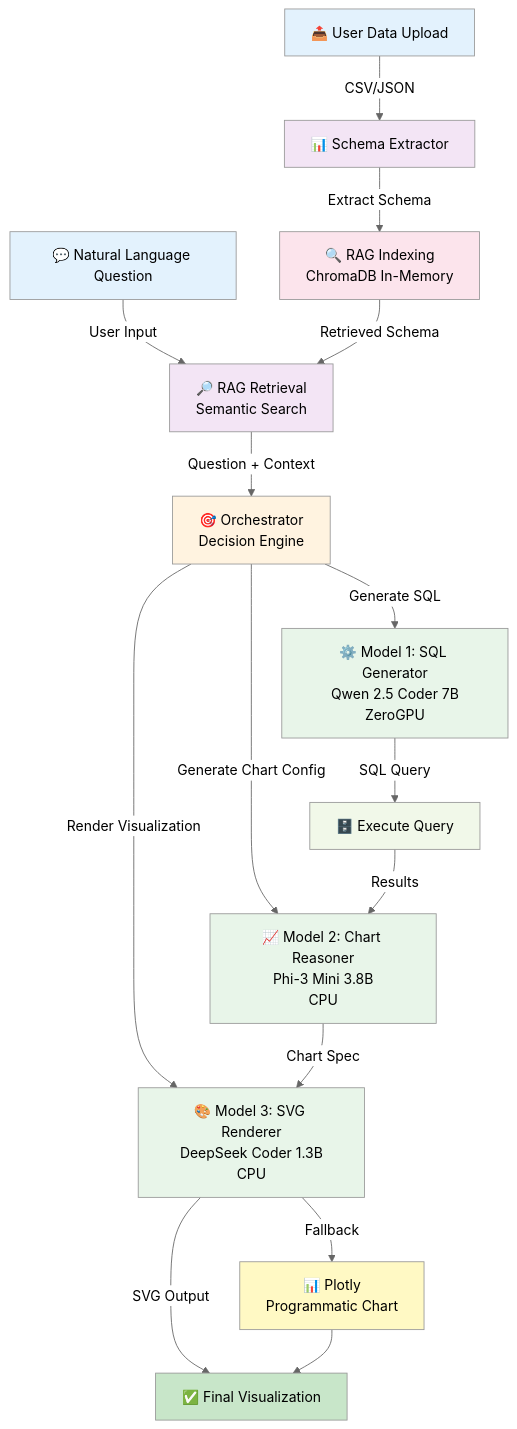
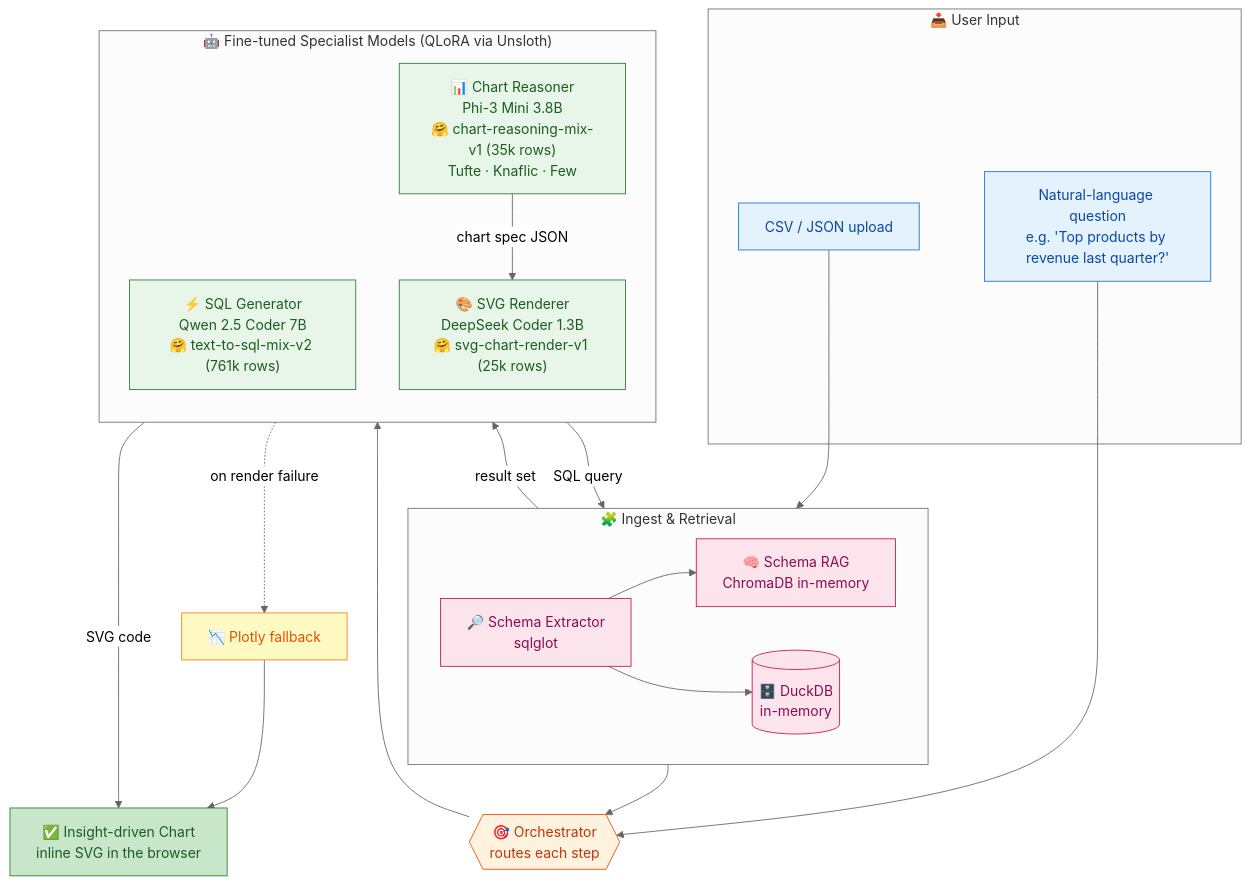
Before and after one commit to DanielRegaladoUMiami/sql-agent-llmops: the diagram in README.md, drawn with Mermaid (neutral theme).

Commit message:
Redesign architecture diagram to show full model+dataset pipeline
Groups the flow into Input / Ingest & Retrieval / Orchestrator /
Specialist Models / Output. Each specialist model node now names its
base checkpoint and its HF training dataset explicitly. Also shows
DuckDB as the shared execution engine (train+prod) and the Plotly
fallback path. Cleaner color scheme with accessible contrast.

````diff
--- a/README.md
+++ b/README.md
@@ -37,35 +37,53 @@
 ```mermaid
-graph TD
-    A["📤 User Data Upload"] -->|CSV/JSON| B["📊 Schema Extractor"]
-    B -->|Extract Schema| C["🔍 RAG Indexing<br/>ChromaDB In-Memory"]
-    
-    D["💬 Natural Language Question"] -->|User Input| E["🔎 RAG Retrieval<br/>Semantic Search"]
-    C -->|Retrieved Schema| E
-    
-    E -->|Question + Context| F["🎯 Orchestrator<br/>Decision Engine"]
-    
-    F -->|Generate SQL| G["⚙️ Model 1: SQL Generator<br/>Qwen 2.5 Coder 7B<br/>ZeroGPU"]
-    F -->|Generate Chart Config| H["📈 Model 2: Chart Reasoner<br/>Phi-3 Mini 3.8B<br/>CPU"]
-    F -->|Render Visualization| I["🎨 Model 3: SVG Renderer<br/>DeepSeek Coder 1.3B<br/>CPU"]
-    
-    G -->|SQL Query| J["🗄️ Execute Query"]
-    J -->|Results| H
-    H -->|Chart Spec| I
-    
-    I -->|SVG Output| K["✅ Final Visualization"]
-    I -->|Fallback| L["📊 Plotly<br/>Programmatic Chart"]
-    L --> K
-    
-    style A fill:#E3F2FD
-    style B fill:#F3E5F5
-    style C fill:#FCE4EC
-    style D fill:#E3F2FD
-    style E fill:#F3E5F5
-    style F fill:#FFF3E0
-    style G fill:#E8F5E9
-    style H fill:#E8F5E9
-    style I fill:#E8F5E9
-    style J fill:#F1F8E9
-    style K fill:#C8E6C9
-    style L fill:#FFF9C4
+flowchart TB
+    subgraph INPUT["📥 User Input"]
+        U1["CSV / JSON upload"]
+        U2["Natural-language question<br/>e.g. 'Top products by revenue last quarter?'"]
+    end
+
+    subgraph INGEST["🧩 Ingest & Retrieval"]
+        direction LR
+        SX["🔎 Schema Extractor<br/>sqlglot"]
+        RAG["🧠 Schema RAG<br/>ChromaDB in-memory"]
+        DB[("🗄️ DuckDB<br/>in-memory")]
+        SX --> RAG
+        SX --> DB
+    end
+
+    ORCH{{"🎯 Orchestrator<br/>routes each step"}}
+
+    subgraph MODELS["🤖 Fine-tuned Specialist Models (QLoRA via Unsloth)"]
+        direction TB
+        M1["⚡ SQL Generator<br/>Qwen 2.5 Coder 7B<br/>🤗 text-to-sql-mix-v2 (761k rows)"]
+        M2["📊 Chart Reasoner<br/>Phi-3 Mini 3.8B<br/>🤗 chart-reasoning-mix-v1 (35k rows)<br/>Tufte · Knaflic · Few"]
+        M3["🎨 SVG Renderer<br/>DeepSeek Coder 1.3B<br/>🤗 svg-chart-render-v1 (25k rows)"]
+    end
+
+    OUT["✅ Insight-driven Chart<br/>inline SVG in the browser"]
+    FB["📉 Plotly fallback"]
+
+    U1 --> SX
+    U2 --> ORCH
+    RAG --> ORCH
+    ORCH --> M1
+    M1 -->|SQL query| DB
+    DB -->|result set| M2
+    M2 -->|chart spec JSON| M3
+    M3 -->|SVG code| OUT
+    M3 -.->|on render failure| FB
+    FB --> OUT
+
+    classDef input fill:#E3F2FD,stroke:#1976D2,color:#0D47A1
+    classDef ingest fill:#FCE4EC,stroke:#C2185B,color:#880E4F
+    classDef orch fill:#FFF3E0,stroke:#E65100,color:#BF360C
+    classDef model fill:#E8F5E9,stroke:#2E7D32,color:#1B5E20
+    classDef output fill:#C8E6C9,stroke:#2E7D32,color:#1B5E20
+    classDef fallback fill:#FFF9C4,stroke:#F57F17,color:#E65100
+
+    class U1,U2 input
+    class SX,RAG,DB ingest
+    class ORCH orch
+    class M1,M2,M3 model
+    class OUT output
+    class FB fallback
 ```
````
